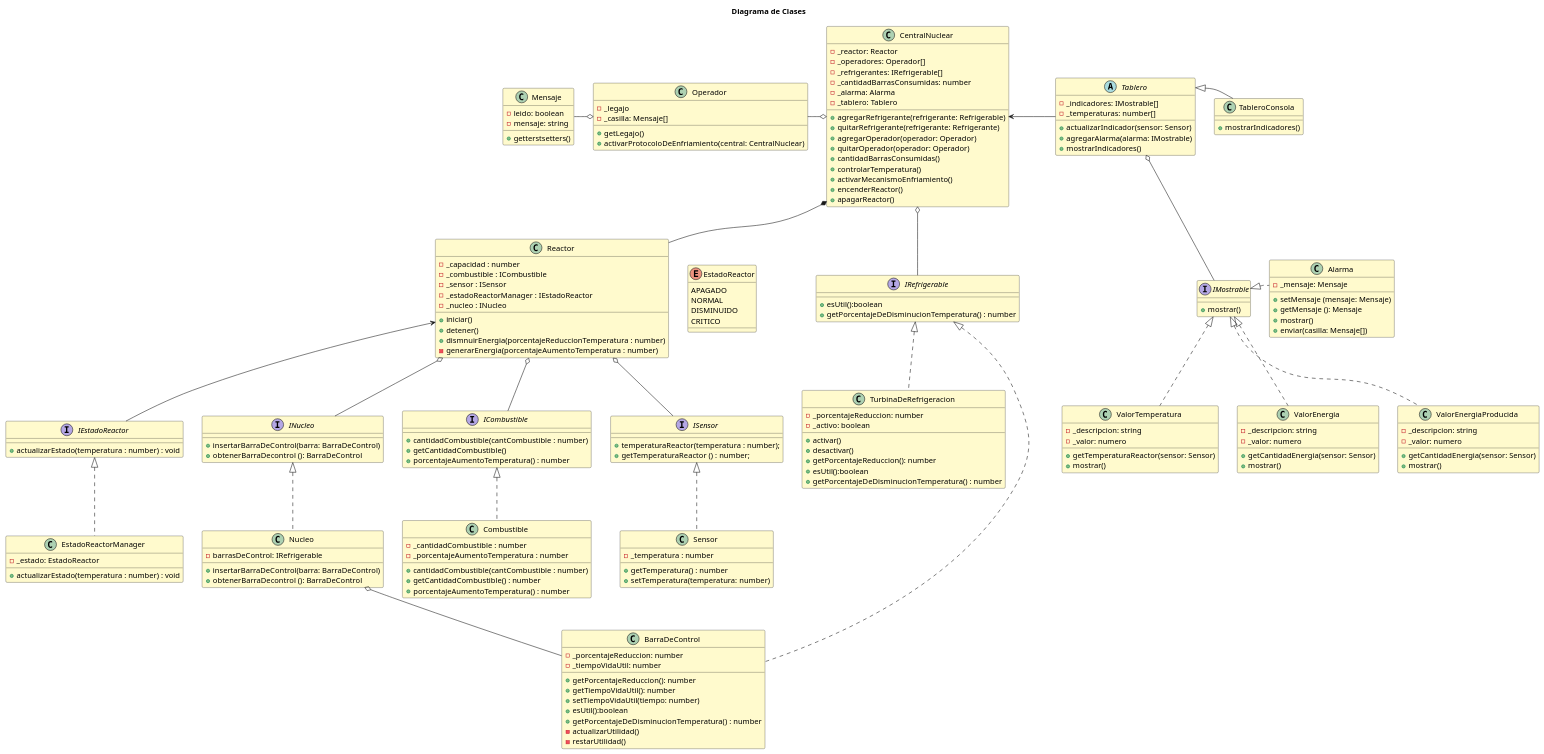
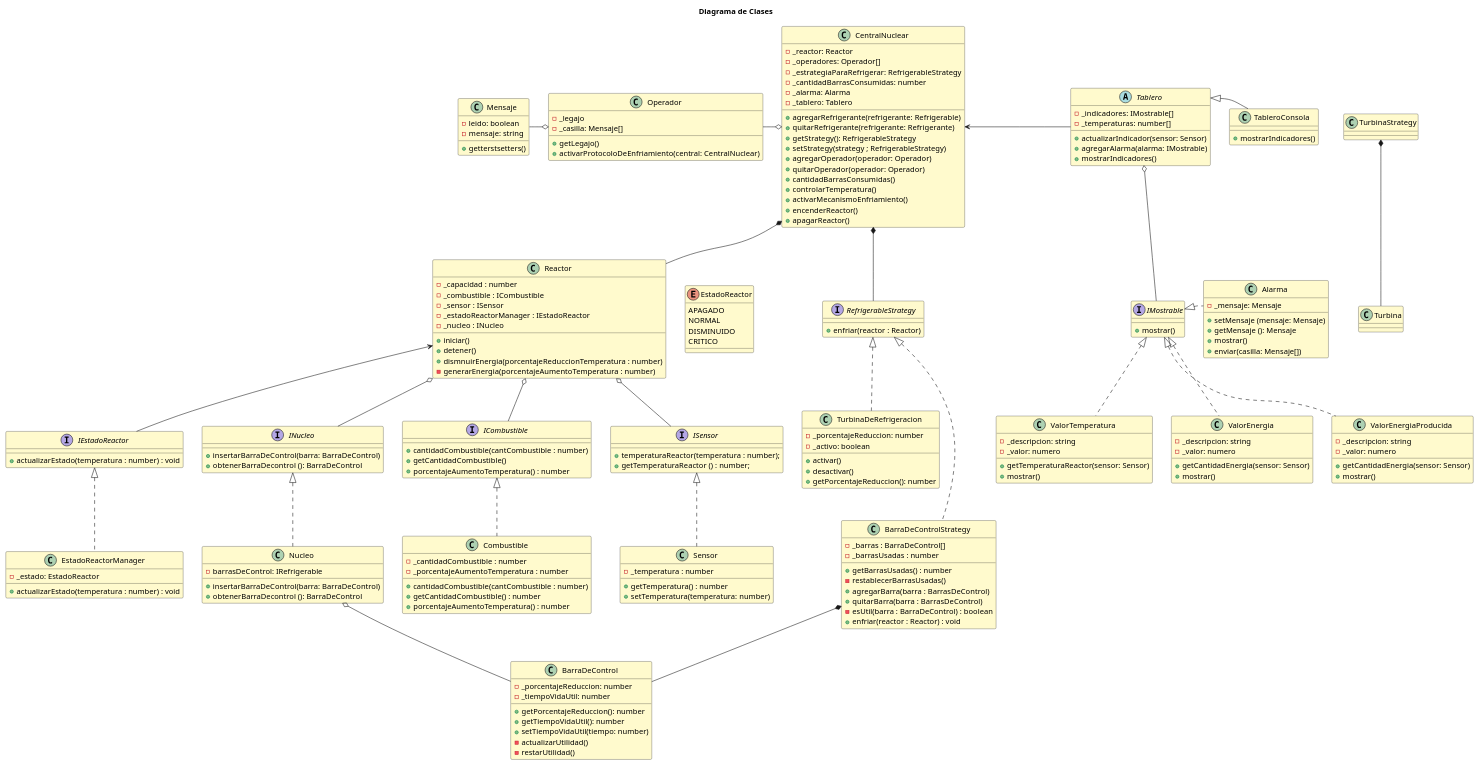
One commit to fedef1982/Trabajo-Practico-Laboratorio3-2024-Reactor-Nuclear changed the diagram in diagramas/DiagramaDeClases.puml. Above: the diagram before and after it, drawn with PlantUML.

Commit message:
Actualizo digrama de clases

```diff
--- a/diagramas/DiagramaDeClases.puml
+++ b/diagramas/DiagramaDeClases.puml
@@ -6,7 +6,7 @@
 CentralNuclear *-- Reactor
 CentralNuclear o-l- Operador
 CentralNuclear <-r- Tablero
-CentralNuclear o-- IRefrigerable
+CentralNuclear *-- RefrigerableStrategy
 Reactor <-- IEstadoReactor
 Reactor -r[HIDDEN]- TurbinaDeRefrigeracion
 Reactor -r[HIDDEN]- EstadoReactor
@@ -19,19 +19,23 @@
 Nucleo o-- BarraDeControl
 INucleo -l[HIDDEN]- IEstadoReactor
 Operador o-l- Mensaje
+BarraDeControlStrategy *-- BarraDeControl
+TurbinaStrategy *-- Turbina
 '-------------------------------
 
 
 class CentralNuclear {
     - _reactor: Reactor
     - _operadores: Operador[]
-    - _refrigerantes: IRefrigerable[]
+    - _estrategiaParaRefrigerar: RefrigerableStrategy
     - _cantidadBarrasConsumidas: number
     - _alarma: Alarma
     - _tablero: Tablero
 
     +agregarRefrigerante(refrigerante: Refrigerable)
     +quitarRefrigerante(refrigerante: Refrigerante)
+    +getStrategy(): RefrigerableStrategy
+    +setStrategy(strategy ; RefrigerableStrategy)
     +agregarOperador(operador: Operador)
     +quitarOperador(operador: Operador)
     +cantidadBarrasConsumidas()
@@ -99,34 +103,40 @@
     + getTemperaturaReactor () : number;
 }
 
-interface IRefrigerable{
-    + esUtil():boolean
-    + getPorcentajeDeDisminucionTemperatura() : number
+interface RefrigerableStrategy{
+    + enfriar(reactor : Reactor)
 }
 
-class BarraDeControl implements IRefrigerable {
+class BarraDeControlStrategy implements RefrigerableStrategy{
+    - _barras : BarraDeControl[]
+    - _barrasUsadas : number
+
+    + getBarrasUsadas() : number
+    - restablecerBarrasUsadas()
+    + agregarBarra(barra : BarrasDeControl)
+    + quitarBarra(barra : BarrasDeControl)
+    - esUtil(barra : BarraDeControl) : boolean
+    + enfriar(reactor : Reactor) : void
+}
+
+class BarraDeControl{
     - _porcentajeReduccion: number
     - _tiempoVidaUtil: number
 
     + getPorcentajeReduccion(): number
     + getTiempoVidaUtil(): number
     + setTiempoVidaUtil(tiempo: number)
-    + esUtil():boolean
-    + getPorcentajeDeDisminucionTemperatura() : number
     - actualizarUtilidad()
     - restarUtilidad()
 }
 
-
-class TurbinaDeRefrigeracion implements IRefrigerable{
+class TurbinaDeRefrigeracion implements RefrigerableStrategy{
     - _porcentajeReduccion: number
     - _activo: boolean
 
     + activar()
     + desactivar()
     + getPorcentajeReduccion(): number
-    + esUtil():boolean
-    + getPorcentajeDeDisminucionTemperatura() : number
 }
 
 enum EstadoReactor{
```
